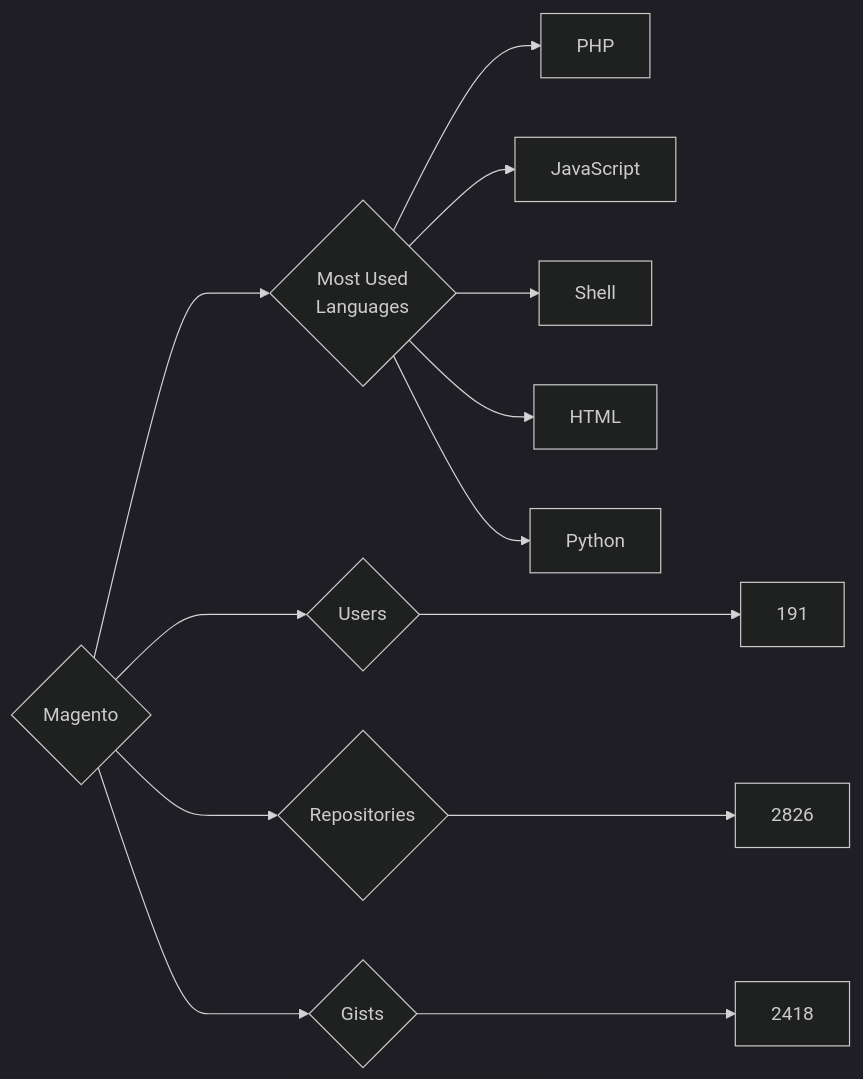
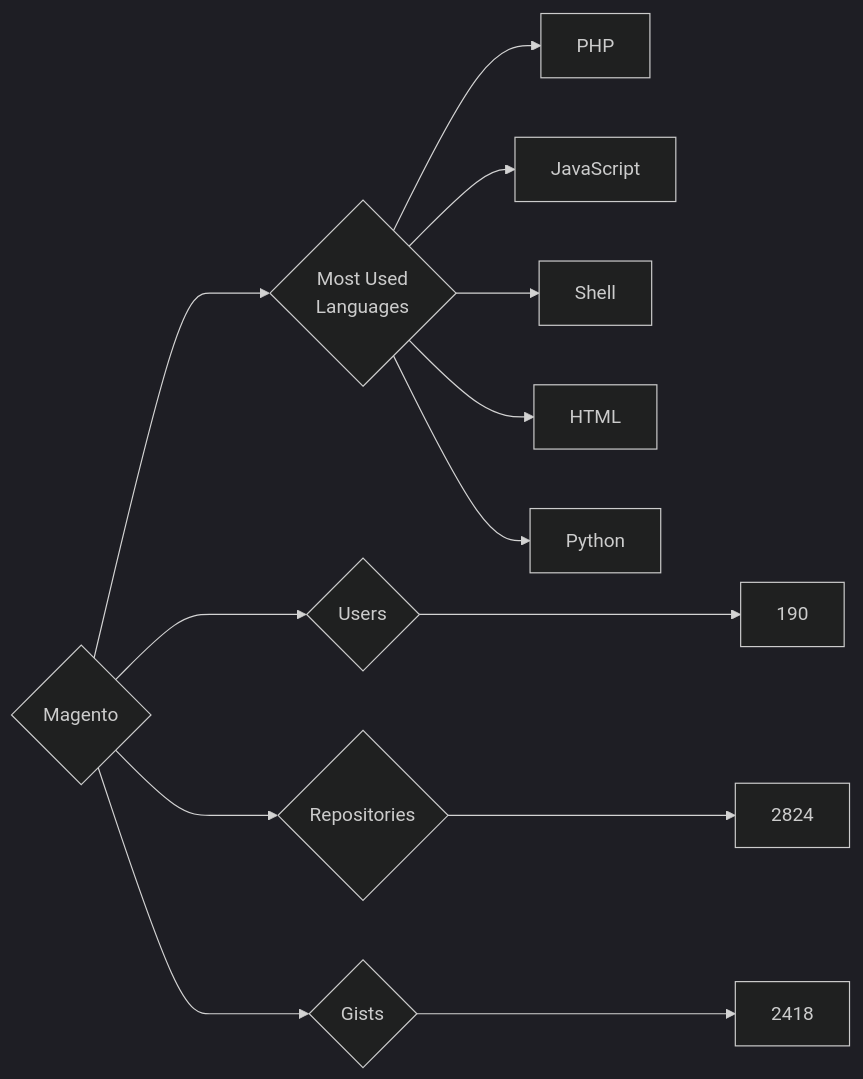
The diagram in targets/Magento/README.md (trickest/insiders), drawn with Mermaid (dark theme) before and after one commit. The commit also changed 622 other files, not shown here.

````diff
--- a/targets/Magento/README.md
+++ b/targets/Magento/README.md
@@ -3,13 +3,13 @@
 ```mermaid
 graph LR
 COMPANY_NAME{Magento}
-COMPANY_NAME ---> U{Users} ---> UN[191]
-COMPANY_NAME ---> R{Repositories} ---> RN[2826]
+COMPANY_NAME ---> U{Users} ---> UN[190]
+COMPANY_NAME ---> R{Repositories} ---> RN[2824]
 COMPANY_NAME ---> G{Gists} ---> GN[2418]
 COMPANY_NAME ---> ML{Most Used<br>Languages}
 ML --> PHP[PHP]
 ML --> JavaScript[JavaScript]
 ML --> Shell[Shell]
 ML --> HTML[HTML]
 ML --> Python[Python]
 ```
````
